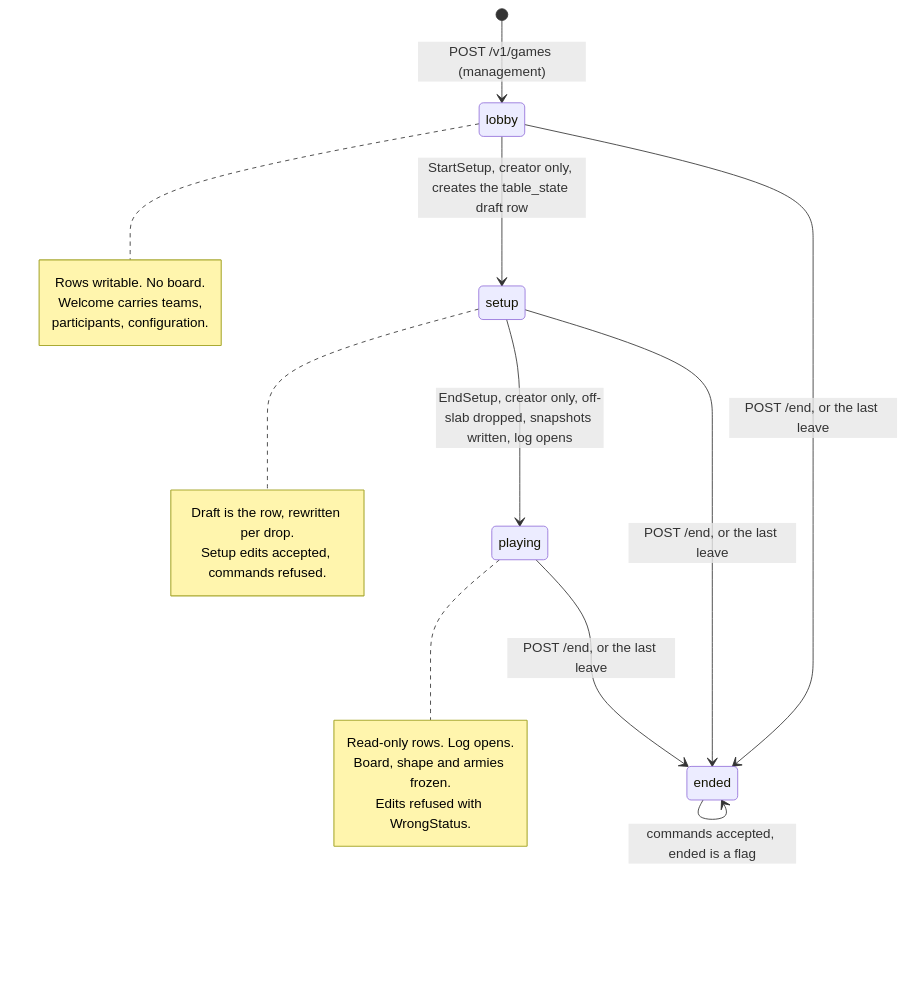
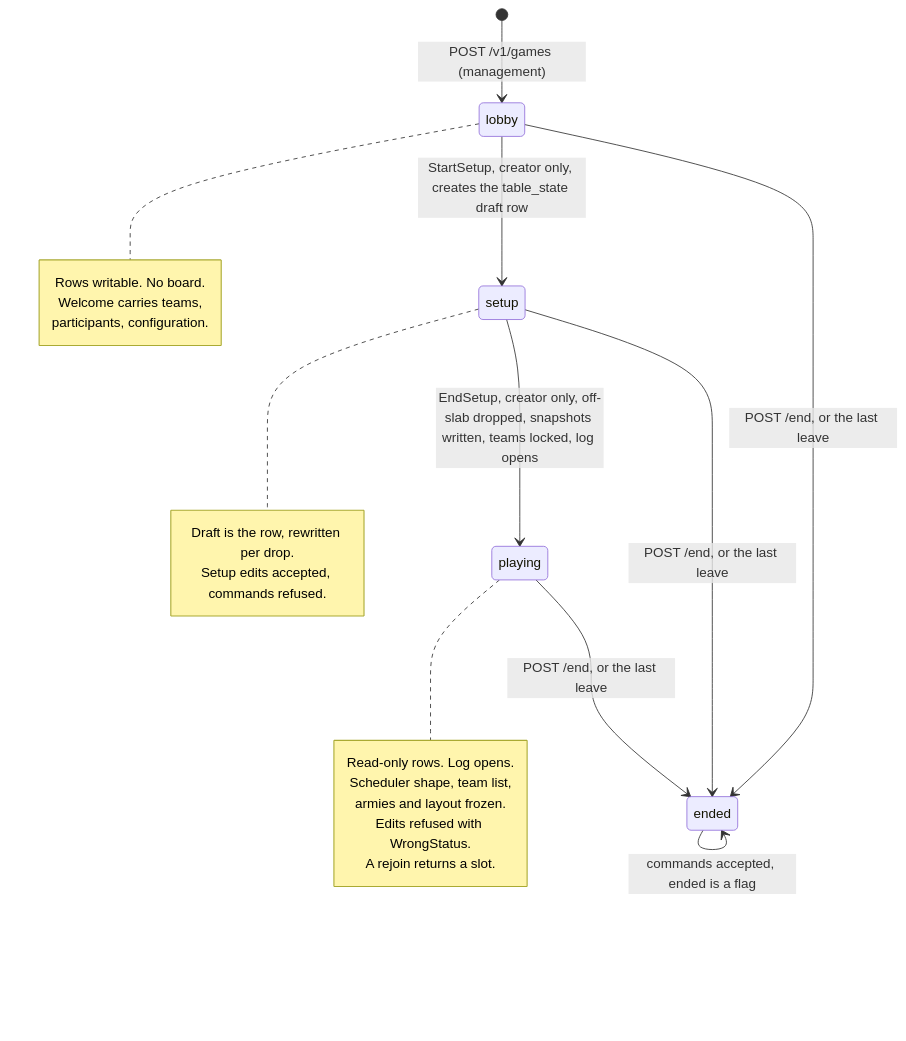
Before and after one commit to cstupi/tabletop: diagram 11 of 12 in docs/design/game-server/design.md, drawn with Mermaid. The commit also changed other lines of this file and 18 other files, not shown here.

````diff
--- a/docs/design/game-server/design.md
+++ b/docs/design/game-server/design.md
@@ -1039,24 +1052,26 @@
 ```mermaid
 stateDiagram-v2
     [*] --> lobby : POST /v1/games (management)
     lobby --> setup : StartSetup, creator only, creates the table_state draft row
-    setup --> playing : EndSetup, creator only, off-slab dropped, snapshots written, log opens
+    setup --> playing : EndSetup, creator only, off-slab dropped, snapshots written, teams locked, log opens
     lobby --> ended : POST /end, or the last leave
     setup --> ended : POST /end, or the last leave
     playing --> ended : POST /end, or the last leave
     ended --> ended : commands accepted, ended is a flag
     note right of lobby
         Rows writable. No board.
         Welcome carries teams,
         participants, configuration.
     end note
     note right of setup
         Draft is the row, rewritten per drop.
         Setup edits accepted, commands refused.
     end note
     note right of playing
         Read-only rows. Log opens.
-        Board, shape and armies frozen.
+        Scheduler shape, team list,
+        armies and layout frozen.
         Edits refused with WrongStatus.
+        A rejoin returns a slot.
     end note
 ```
````
